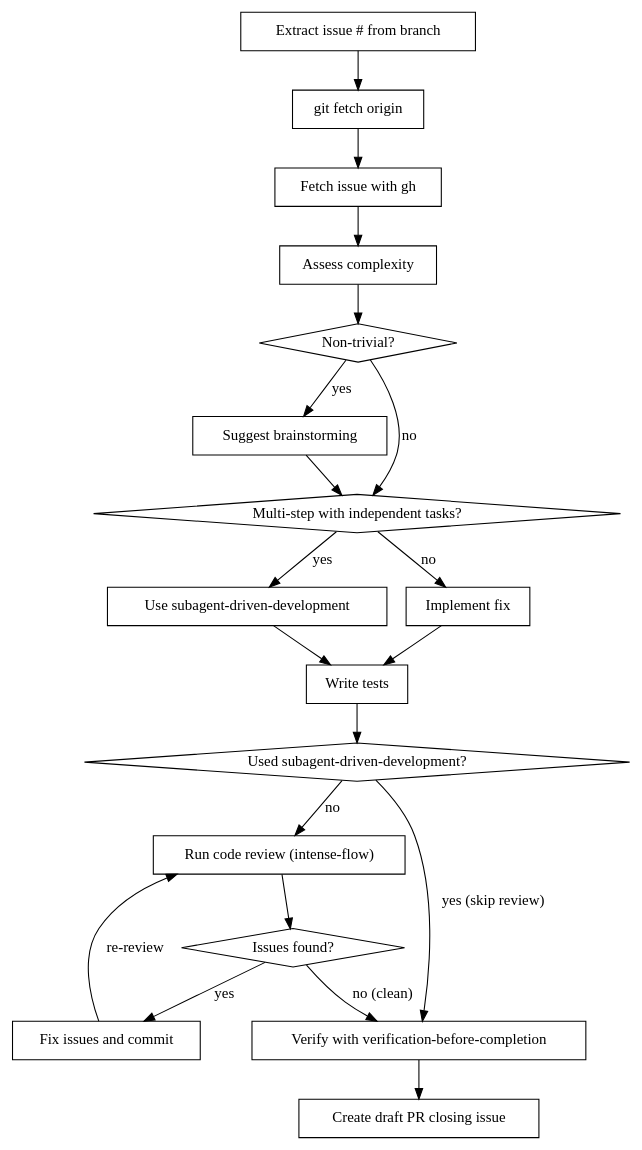
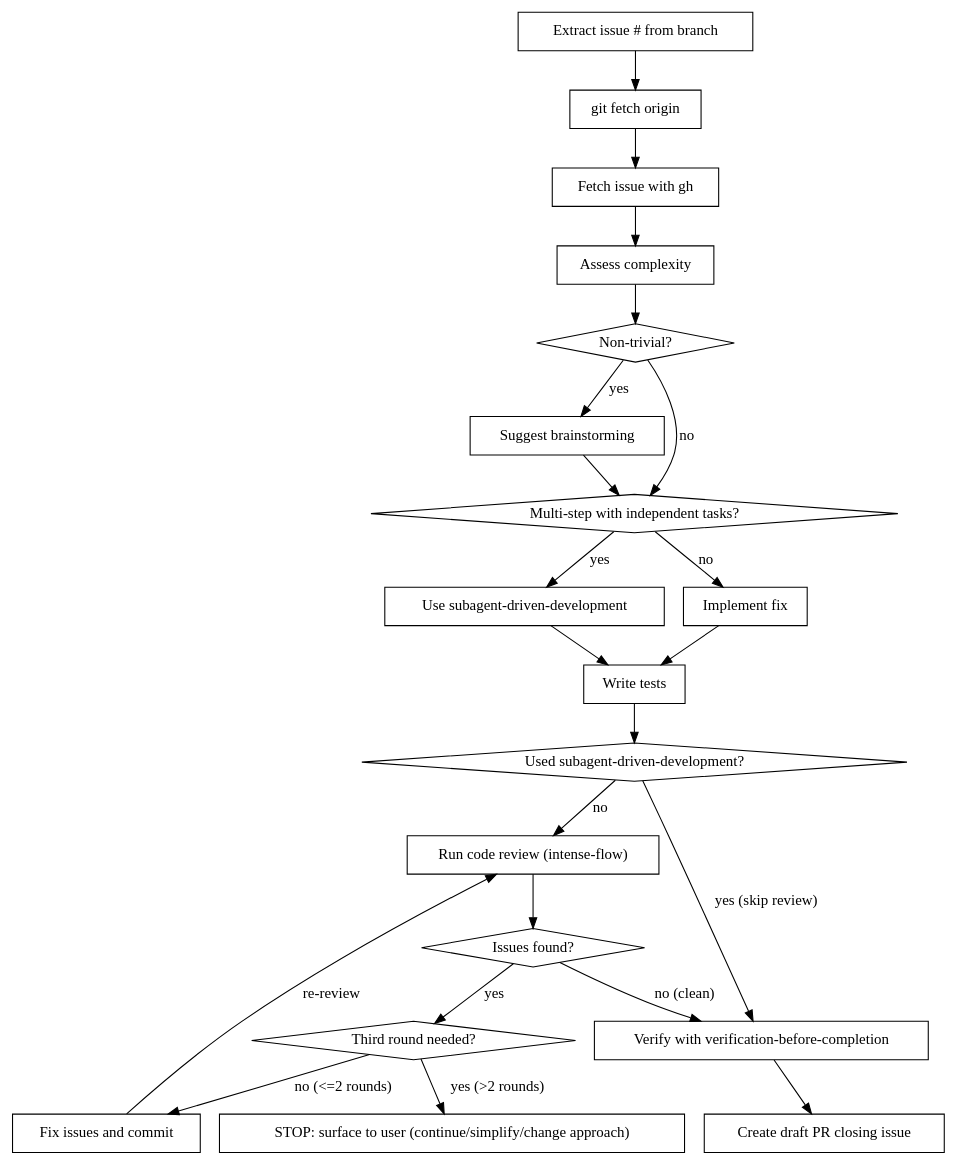
The diagram in commands/fix-gh-issue.md (oalders/kitchen-sink), drawn with Graphviz before and after one commit. The commit also changed other lines of this file and 2 other files, not shown here.

````diff
--- a/commands/fix-gh-issue.md
+++ b/commands/fix-gh-issue.md
@@ -62,40 +62,44 @@
 ```dot
 digraph fix_issue {
     "Extract issue # from branch" [shape=box];
     "git fetch origin" [shape=box];
     "Fetch issue with gh" [shape=box];
     "Assess complexity" [shape=box];
     "Non-trivial?" [shape=diamond];
     "Suggest brainstorming" [shape=box];
     "Multi-step with independent tasks?" [shape=diamond];
     "Use subagent-driven-development" [shape=box];
     "Implement fix" [shape=box];
     "Write tests" [shape=box];
     "Used subagent-driven-development?" [shape=diamond];
     "Run code review (intense-flow)" [shape=box];
     "Issues found?" [shape=diamond];
+    "Third round needed?" [shape=diamond];
+    "STOP: surface to user (continue/simplify/change approach)" [shape=box];
     "Fix issues and commit" [shape=box];
     "Verify with verification-before-completion" [shape=box];
     "Create draft PR closing issue" [shape=box];
 
     "Extract issue # from branch" -> "git fetch origin";
     "git fetch origin" -> "Fetch issue with gh";
     "Fetch issue with gh" -> "Assess complexity";
     "Assess complexity" -> "Non-trivial?";
     "Non-trivial?" -> "Suggest brainstorming" [label="yes"];
     "Non-trivial?" -> "Multi-step with independent tasks?" [label="no"];
     "Suggest brainstorming" -> "Multi-step with independent tasks?";
     "Multi-step with independent tasks?" -> "Use subagent-driven-development" [label="yes"];
     "Multi-step with independent tasks?" -> "Implement fix" [label="no"];
     "Use subagent-driven-development" -> "Write tests";
     "Implement fix" -> "Write tests";
     "Write tests" -> "Used subagent-driven-development?";
     "Used subagent-driven-development?" -> "Verify with verification-before-completion" [label="yes (skip review)"];
     "Used subagent-driven-development?" -> "Run code review (intense-flow)" [label="no"];
     "Run code review (intense-flow)" -> "Issues found?" [shape=diamond];
-    "Issues found?" -> "Fix issues and commit" [label="yes"];
+    "Issues found?" -> "Third round needed?" [label="yes"];
+    "Third round needed?" -> "STOP: surface to user (continue/simplify/change approach)" [label="yes (>2 rounds)"];
+    "Third round needed?" -> "Fix issues and commit" [label="no (<=2 rounds)"];
     "Fix issues and commit" -> "Run code review (intense-flow)" [label="re-review"];
     "Issues found?" -> "Verify with verification-before-completion" [label="no (clean)"];
     "Verify with verification-before-completion" -> "Create draft PR closing issue";
 }
 ```
````
